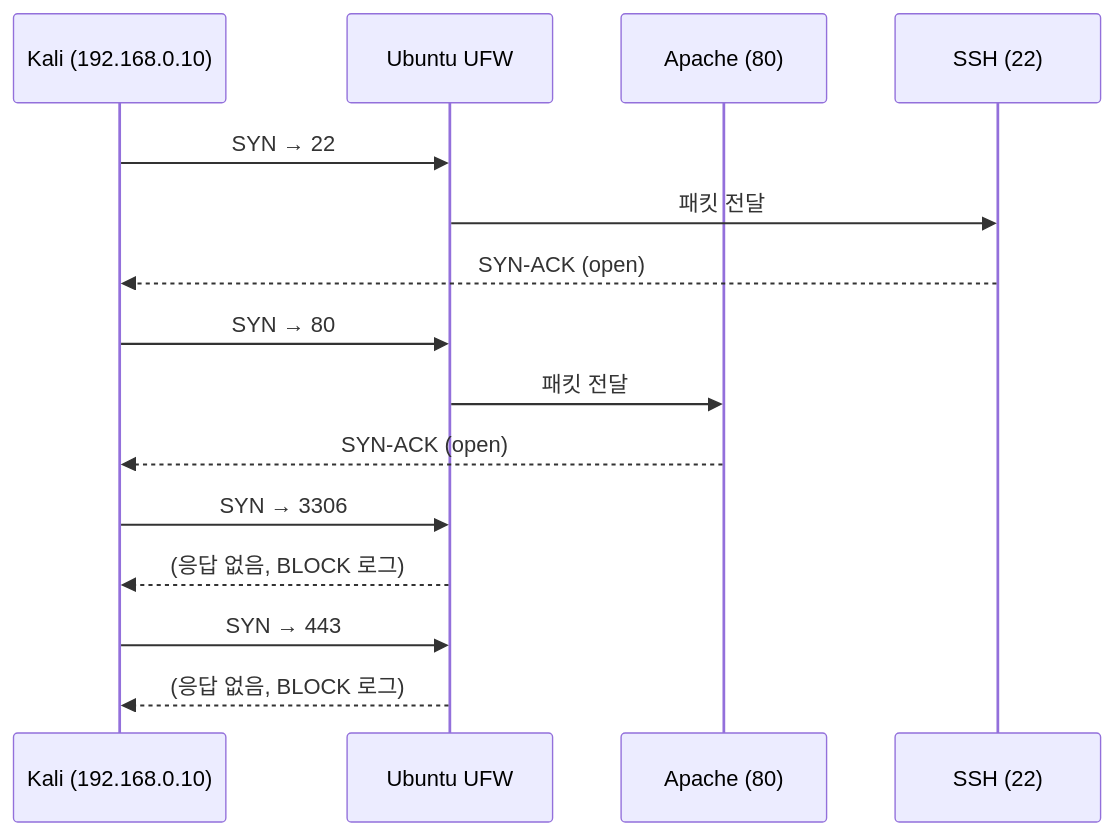
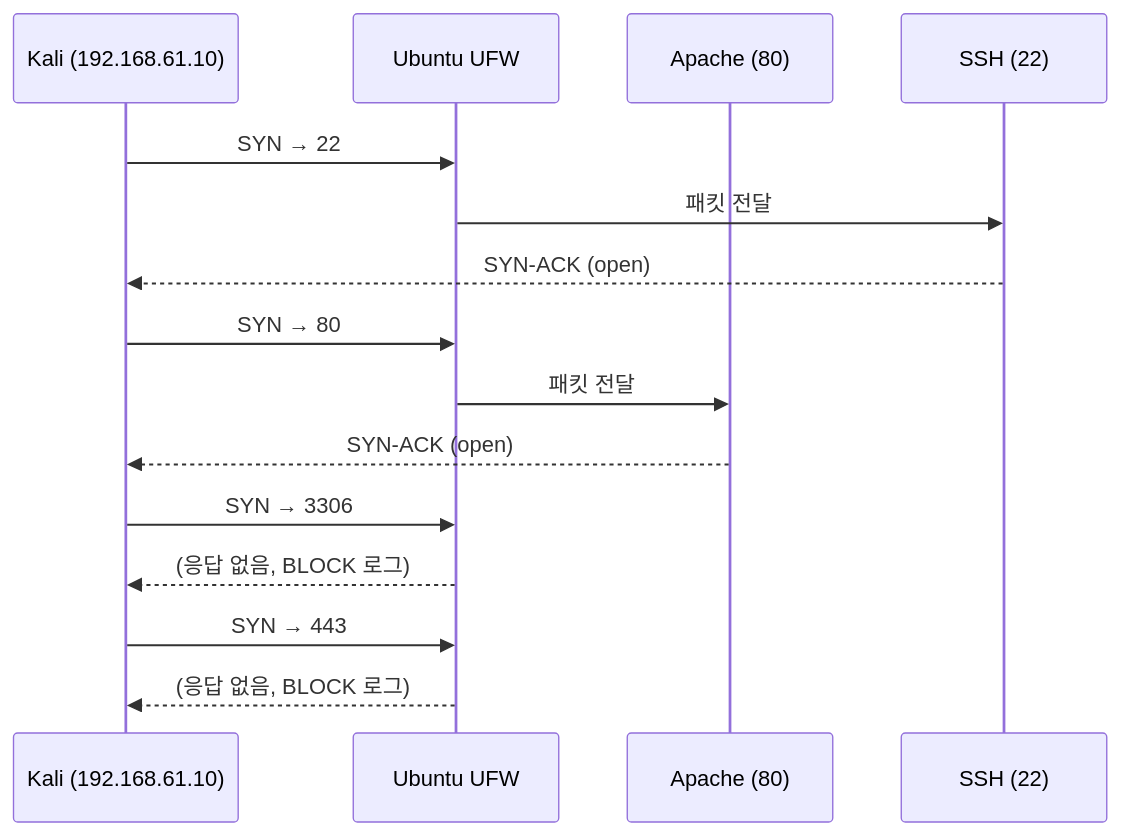
Before and after one commit to sbaek100/sbaek100.github.io: the fourth of 5 diagrams in _posts/1.응용강의/securitysystem/2026-03-26-SecuritySystem-7-2.md, drawn with Mermaid. The commit also changed other lines of this file and 518 other files, not shown here.

````diff
--- a/_posts/1.응용강의/securitysystem/2026-03-26-SecuritySystem-7-2.md
+++ b/_posts/1.응용강의/securitysystem/2026-03-26-SecuritySystem-7-2.md
@@ -808,18 +808,18 @@
 ```mermaid
 sequenceDiagram
-    participant K as Kali (192.168.0.10)
+    participant K as Kali (192.168.61.10)
     participant U as Ubuntu UFW
     participant A as Apache (80)
     participant S as SSH (22)
 
     K->>U: SYN → 22
     U->>S: 패킷 전달
     S-->>K: SYN-ACK (open)
     K->>U: SYN → 80
     U->>A: 패킷 전달
     A-->>K: SYN-ACK (open)
     K->>U: SYN → 3306
     U-->>K: (응답 없음, BLOCK 로그)
     K->>U: SYN → 443
     U-->>K: (응답 없음, BLOCK 로그)
 ```
````
